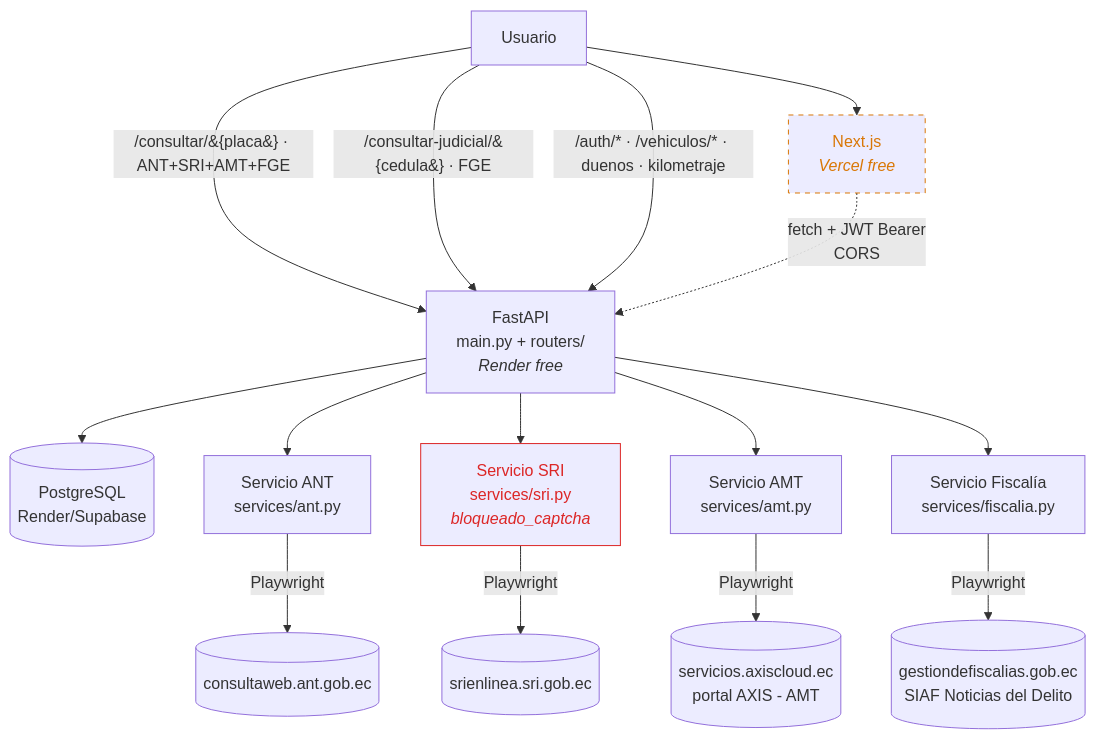
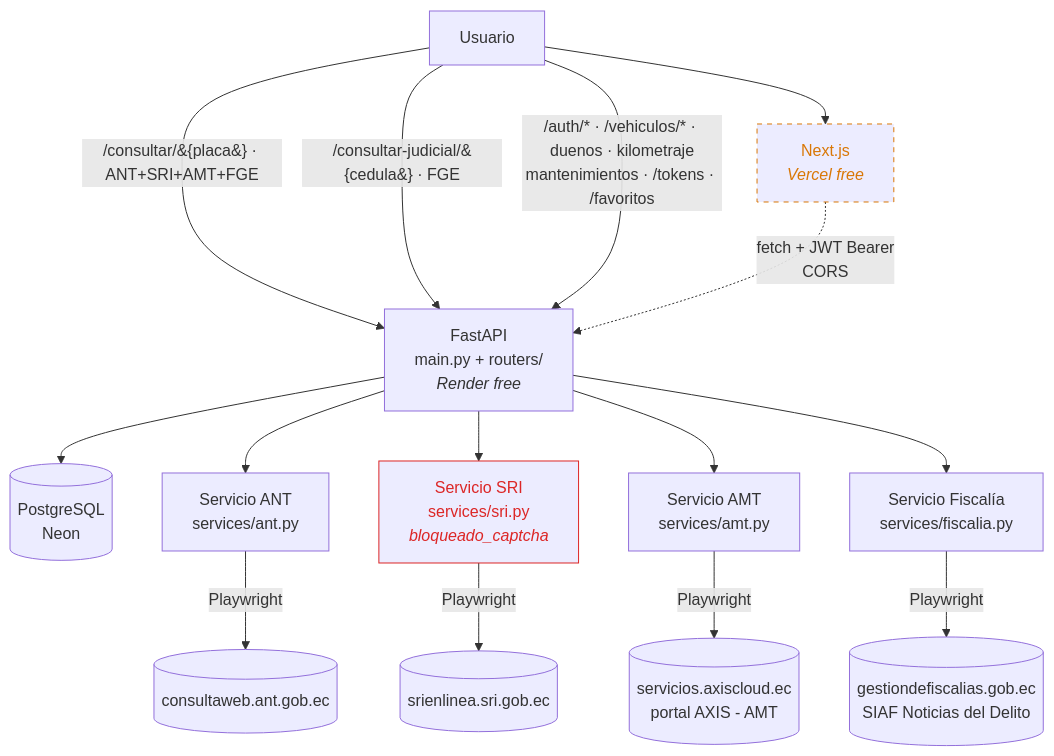
One commit to VMarcosGC/consulta-placas-ec changed the first of 5 diagrams in docs/arquitectura.md. Above: the diagram before and after it, drawn with Mermaid. The commit also changed other lines of this file and 1 other file, not shown here.

First line of the commit message:
docs: cerrar Fase 3 en CLAUDE.md y actualizar diagramas

````diff
--- a/docs/arquitectura.md
+++ b/docs/arquitectura.md
@@ -13,38 +13,38 @@
 ```mermaid
 graph TD
     Usuario[Usuario]
     Web[Next.js<br/><i>Vercel free</i>]:::wip
 
     API[FastAPI<br/>main.py + routers/<br/><i>Render free</i>]
-    Cache[(PostgreSQL<br/>Render/Supabase)]
+    Cache[(PostgreSQL<br/>Neon)]
     ANT[Servicio ANT<br/>services/ant.py]
     SRI[Servicio SRI<br/>services/sri.py<br/><i>bloqueado_captcha</i>]:::limitado
     AMT[Servicio AMT<br/>services/amt.py]
     FGE[Servicio Fiscalía<br/>services/fiscalia.py]
 
     ANTWeb[(consultaweb.ant.gob.ec)]
     SRIWeb[(srienlinea.sri.gob.ec)]
     AMTWeb[(servicios.axiscloud.ec<br/>portal AXIS - AMT)]
     FGEWeb[(gestiondefiscalias.gob.ec<br/>SIAF Noticias del Delito)]
 
     Usuario --> Web
     Usuario -->|/consultar/&#123;placa&#125; · ANT+SRI+AMT+FGE| API
     Usuario -->|/consultar-judicial/&#123;cedula&#125; · FGE| API
-    Usuario -->|/auth/* · /vehiculos/* · duenos · kilometraje| API
+    Usuario -->|/auth/* · /vehiculos/* · duenos · kilometraje<br/>mantenimientos · /tokens · /favoritos| API
     Web -.->|fetch + JWT Bearer<br/>CORS| API
 
     API --> Cache
     API --> ANT
     API --> SRI
     API --> AMT
     API --> FGE
 
     ANT -->|Playwright| ANTWeb
     SRI -->|Playwright| SRIWeb
     AMT -->|Playwright| AMTWeb
     FGE -->|Playwright| FGEWeb
 
     classDef futuro stroke-dasharray: 5 5, stroke:#888;
     classDef wip stroke-dasharray: 5 5, stroke:#d97706, color:#d97706;
     classDef limitado stroke:#dc2626, color:#dc2626;
 ```
````
